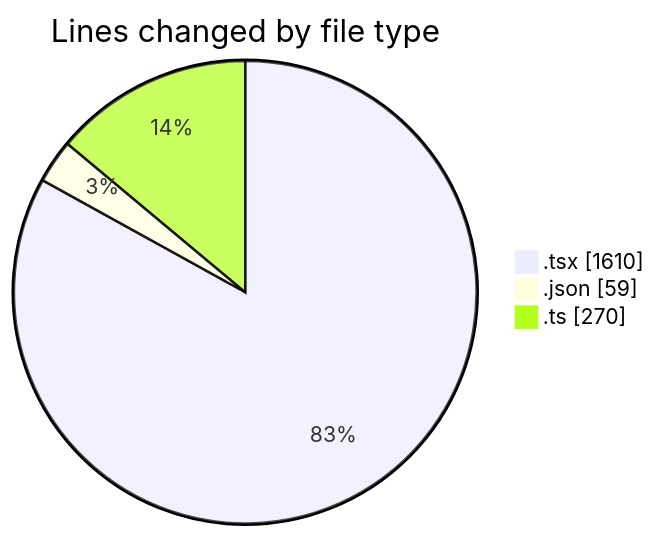
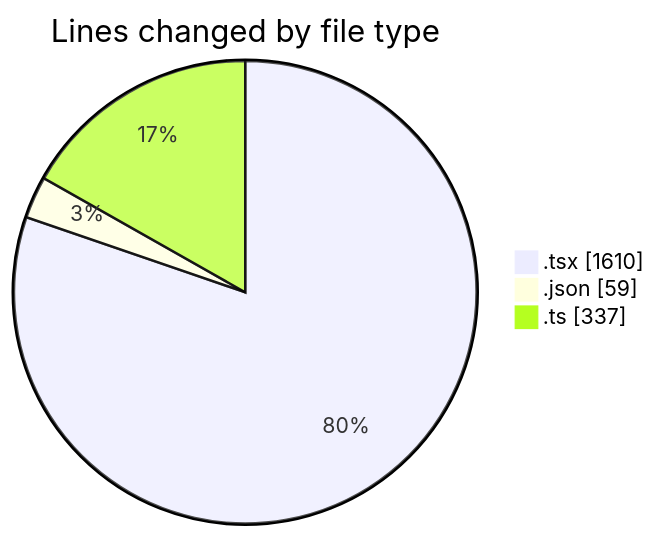
The first of 2 diagrams in 2025-11-24/cda/README.md (momahboobian/code-tracking), drawn with Mermaid before and after one commit. The commit also changed other lines of this file and 1 other file, not shown here.

````diff
--- a/2025-11-24/cda/README.md
+++ b/2025-11-24/cda/README.md
@@ -28,7 +28,7 @@
 ```mermaid
 pie showData
 title Lines changed by file type
 ".tsx" : 1610
 ".json" : 59
-".ts" : 270
+".ts" : 337
 ```
````
